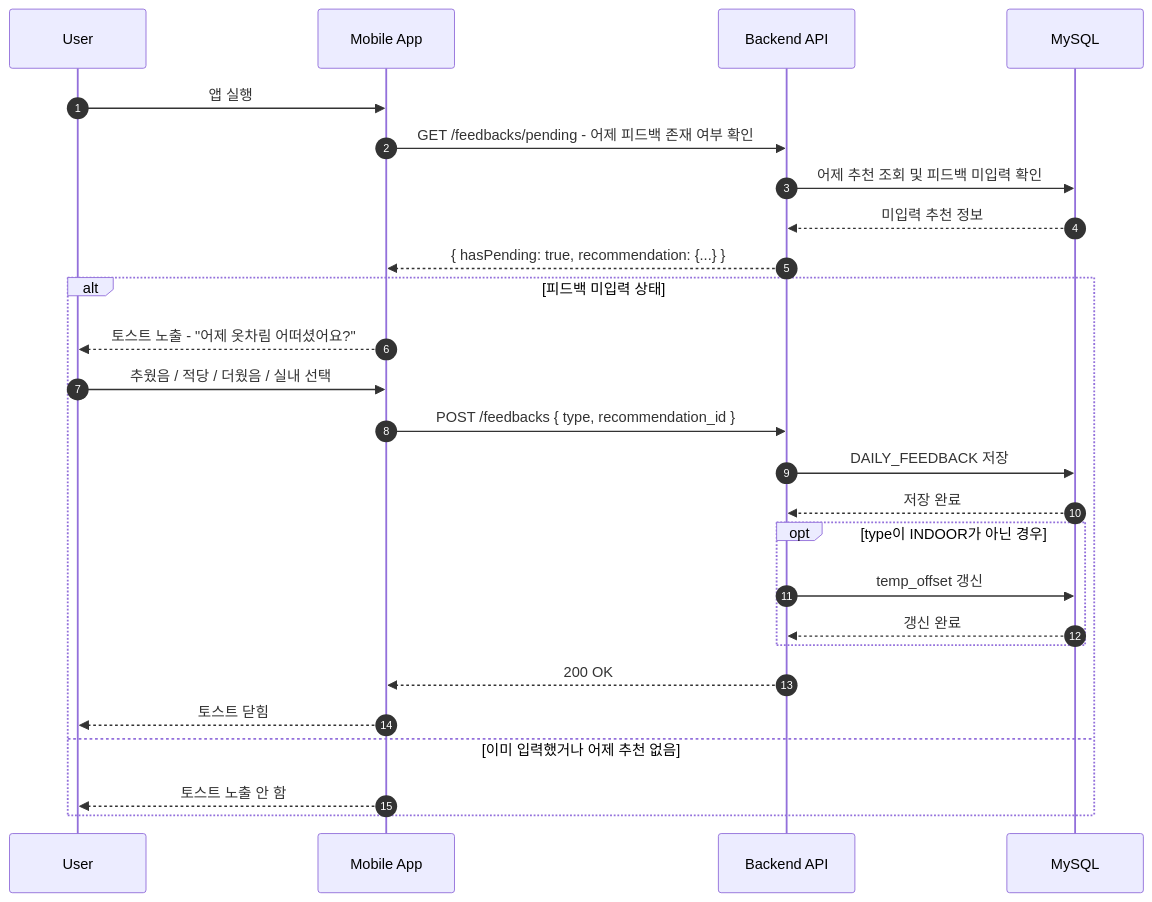
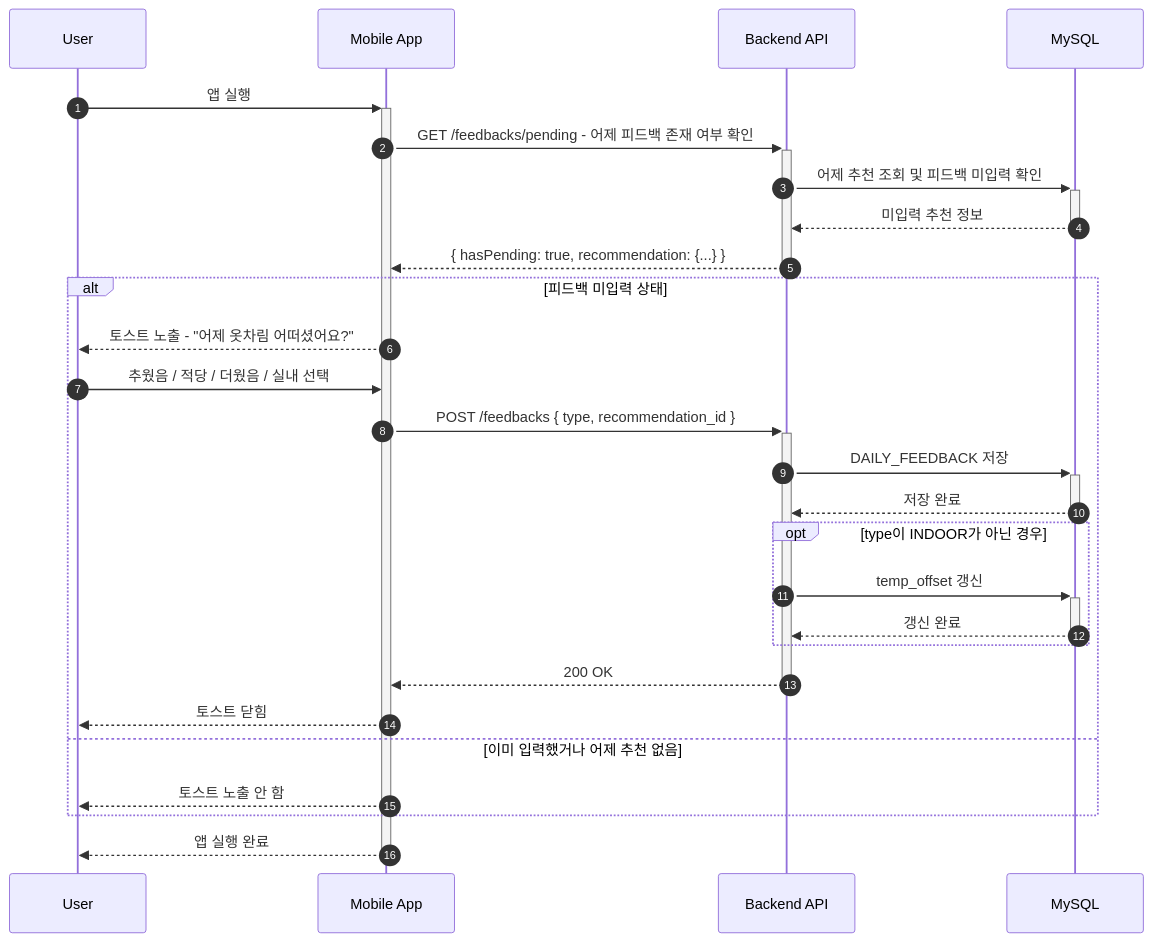
One commit to najang/OMO changed the third of 4 diagrams in docs/05-sequence-diagrams.md. Above: the diagram before and after it, drawn with Mermaid. The commit also changed other lines of this file and 2 other files, not shown here.

Commit message:
OMO-20 docs: 아키텍처·시퀀스·API 명세 문서 업데이트

````diff
--- a/docs/05-sequence-diagrams.md
+++ b/docs/05-sequence-diagrams.md
@@ -38,32 +72,34 @@
 ```mermaid
 sequenceDiagram
     autonumber
     participant U as User
     participant APP as Mobile App
     participant API as Backend API
     participant DB as MySQL
 
-    U->>APP: 앱 실행
-    APP->>API: GET /feedbacks/pending - 어제 피드백 존재 여부 확인
-    API->>DB: 어제 추천 조회 및 피드백 미입력 확인
-    DB-->>API: 미입력 추천 정보
-    API-->>APP: { hasPending: true, recommendation: {...} }
+    U->>+APP: 앱 실행
+    APP->>+API: GET /feedbacks/pending - 어제 피드백 존재 여부 확인
+    API->>+DB: 어제 추천 조회 및 피드백 미입력 확인
+    DB-->>-API: 미입력 추천 정보
+    API-->>-APP: { hasPending: true, recommendation: {...} }
 
     alt 피드백 미입력 상태
         APP-->>U: 토스트 노출 - "어제 옷차림 어떠셨어요?"
         U->>APP: 추웠음 / 적당 / 더웠음 / 실내 선택
-        APP->>API: POST /feedbacks { type, recommendation_id }
-        API->>DB: DAILY_FEEDBACK 저장
-        DB-->>API: 저장 완료
+        APP->>+API: POST /feedbacks { type, recommendation_id }
+        API->>+DB: DAILY_FEEDBACK 저장
+        DB-->>-API: 저장 완료
 
         opt type이 INDOOR가 아닌 경우
-            API->>DB: temp_offset 갱신
-            DB-->>API: 갱신 완료
+            API->>+DB: temp_offset 갱신
+            DB-->>-API: 갱신 완료
         end
 
-        API-->>APP: 200 OK
+        API-->>-APP: 200 OK
         APP-->>U: 토스트 닫힘
     else 이미 입력했거나 어제 추천 없음
         APP-->>U: 토스트 노출 안 함
     end
+
+    APP-->>-U: 앱 실행 완료
 ```
````
